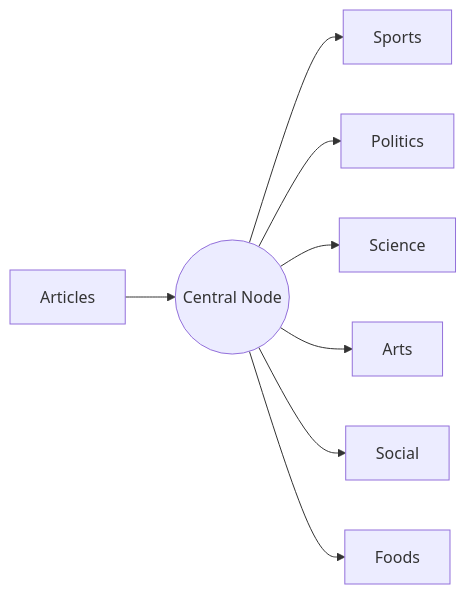
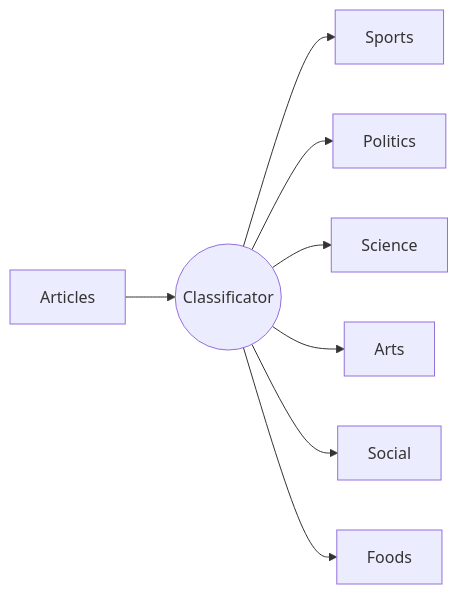
One commit to Tolia-GH/ITMO-AI changed the first of 5 diagrams in 1NaturalLanguageProcessing/Lectures/lecture03/lecture03.md. Above: the diagram before and after it, drawn with Mermaid. The commit also changed other lines of this file and 9 other files, not shown here.

````diff
--- a/1NaturalLanguageProcessing/Lectures/lecture03/lecture03.md
+++ b/1NaturalLanguageProcessing/Lectures/lecture03/lecture03.md
@@ -43,10 +102,10 @@
 ```mermaid
 graph LR
-  A["Articles"] --> B((Central Node))
+  A["Articles"] --> B((Classificator))
   B --> C["Sports"]
   B --> D["Politics"]
   B --> E["Science"]
   B --> F["Arts"]
   B --> G["Social"]
   B --> H["Foods"]
 ```
````
